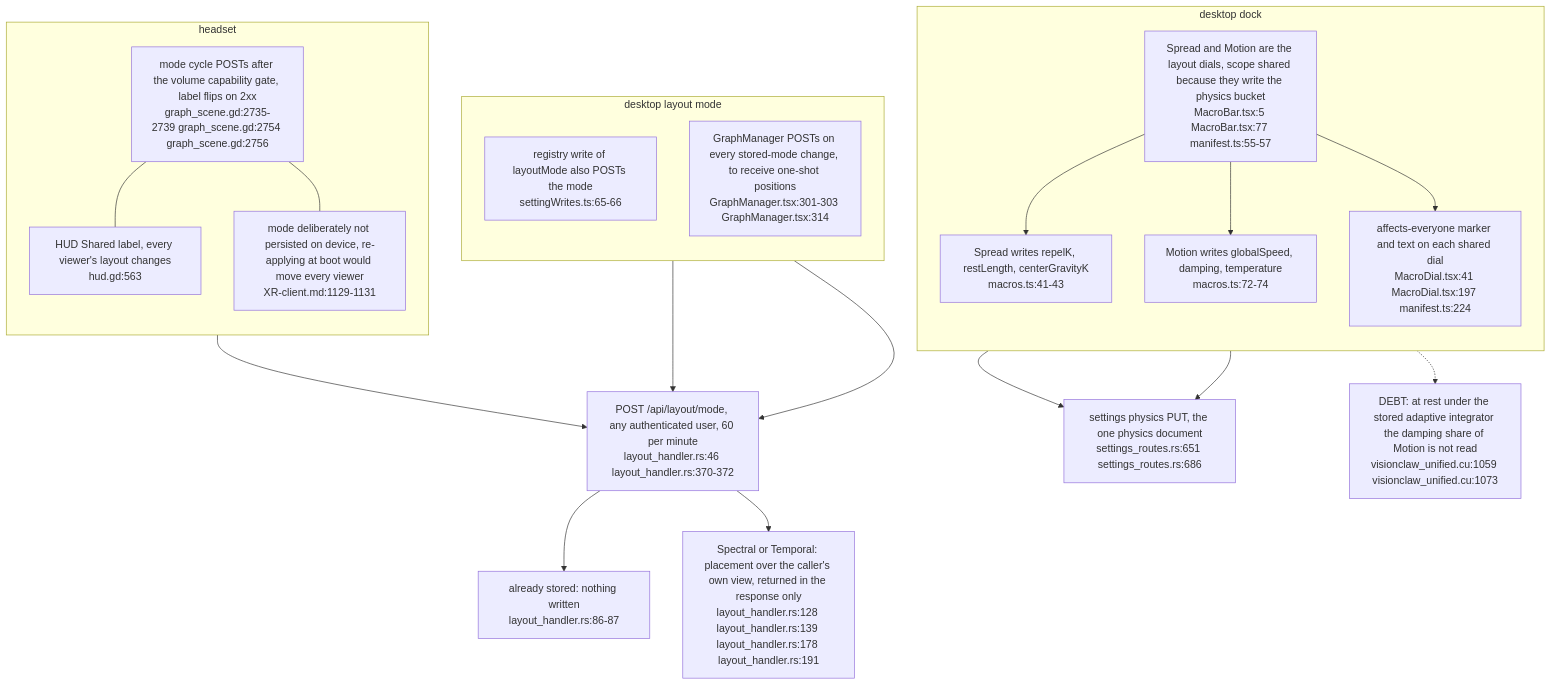
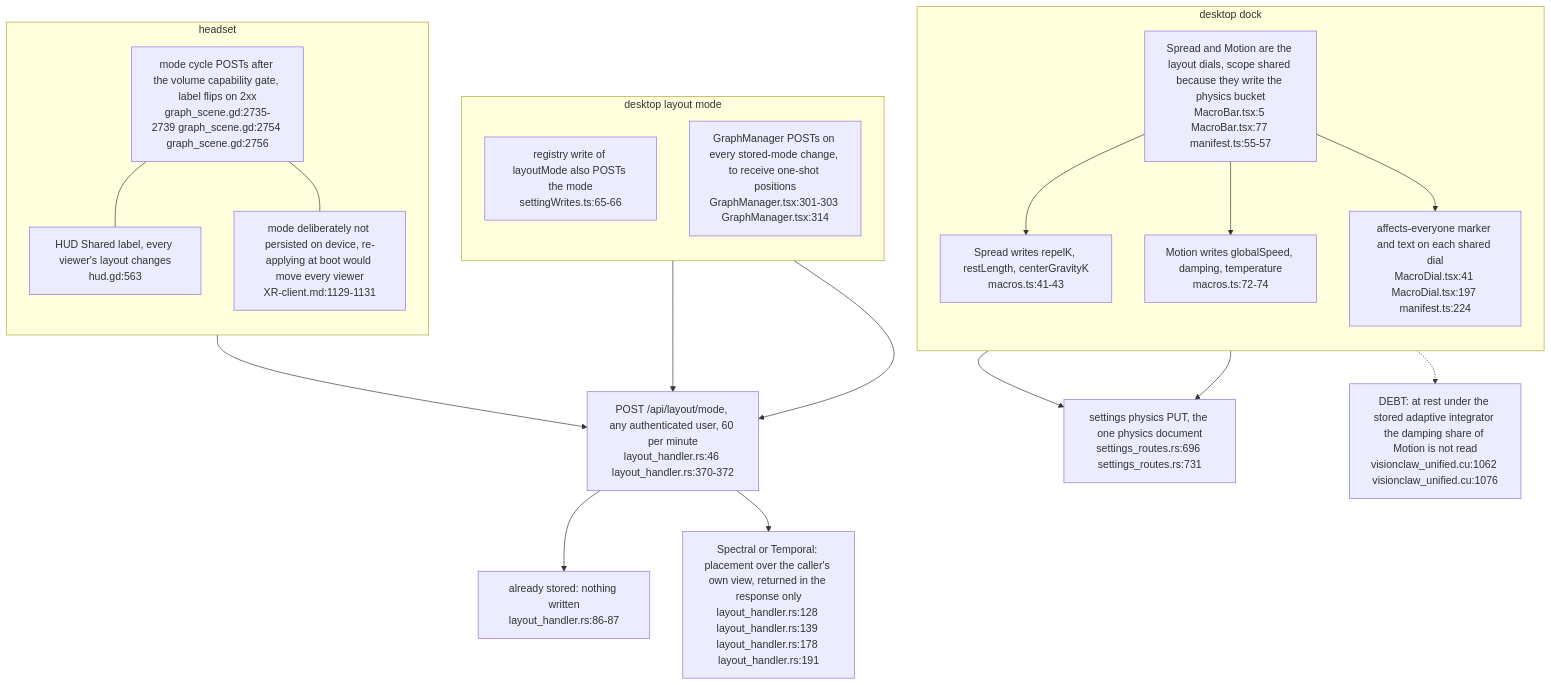
One commit to DreamLab-AI/VisionFlow changed the fifth of 6 diagrams in docs/diagrams/visionclaw/54-layout-mode-step-cadence-and-settle.md. Above: the diagram before and after it, drawn with Mermaid. The commit also changed other lines of this file, not shown here.

First line of the commit message:
docs(diagrams): VC-54.6 layout modes resolve on the host; the kernel never reads layout_mode

````diff
--- a/docs/diagrams/visionclaw/54-layout-mode-step-cadence-and-settle.md
+++ b/docs/diagrams/visionclaw/54-layout-mode-step-cadence-and-settle.md
@@ -119,38 +121,38 @@
 ```mermaid
 flowchart TD
     subgraph DESK["desktop dock"]
         direction TB
         DIALS["Spread and Motion are the layout dials, scope shared because they write the physics bucket<br/>MacroBar.tsx:5 MacroBar.tsx:77 manifest.ts:55-57"]
         SPREAD["Spread writes repelK, restLength, centerGravityK<br/>macros.ts:41-43"]
         MOTION["Motion writes globalSpeed, damping, temperature<br/>macros.ts:72-74"]
         BADGE["affects-everyone marker and text on each shared dial<br/>MacroDial.tsx:41 MacroDial.tsx:197 manifest.ts:224"]
         DIALS --> SPREAD
         DIALS --> MOTION
         DIALS --> BADGE
     end
     subgraph MODE["desktop layout mode"]
         direction TB
         SW["registry write of layoutMode also POSTs the mode<br/>settingWrites.ts:65-66"]
         GM["GraphManager POSTs on every stored-mode change, to receive one-shot positions<br/>GraphManager.tsx:301-303 GraphManager.tsx:314"]
     end
     subgraph XRH["headset"]
         direction TB
         CYC["mode cycle POSTs after the volume capability gate, label flips on 2xx<br/>graph_scene.gd:2735-2739 graph_scene.gd:2754 graph_scene.gd:2756"]
         LBL["HUD Shared label, every viewer's layout changes<br/>hud.gd:563"]
         NOP["mode deliberately not persisted on device, re-applying at boot would move every viewer<br/>XR-client.md:1129-1131"]
         CYC --- LBL
         CYC --- NOP
     end
     SRV["POST /api/layout/mode, any authenticated user, 60 per minute<br/>layout_handler.rs:46 layout_handler.rs:370-372"]
     SAMEQ["already stored: nothing written<br/>layout_handler.rs:86-87"]
     ONE["Spectral or Temporal: placement over the caller's own view, returned in the response only<br/>layout_handler.rs:128 layout_handler.rs:139 layout_handler.rs:178 layout_handler.rs:191"]
-    PHYS["settings physics PUT, the one physics document<br/>settings_routes.rs:651 settings_routes.rs:686"]
+    PHYS["settings physics PUT, the one physics document<br/>settings_routes.rs:696 settings_routes.rs:731"]
     SPREAD --> PHYS
     MOTION --> PHYS
     SW --> SRV
     GM --> SRV
     CYC --> SRV
     SRV --> SAMEQ
     SRV --> ONE
-    MOTION -.-> INERT["DEBT: at rest under the stored adaptive integrator the damping share of Motion is not read<br/>visionclaw_unified.cu:1059 visionclaw_unified.cu:1073"]
+    MOTION -.-> INERT["DEBT: at rest under the stored adaptive integrator the damping share of Motion is not read<br/>visionclaw_unified.cu:1062 visionclaw_unified.cu:1076"]
 ```
````
